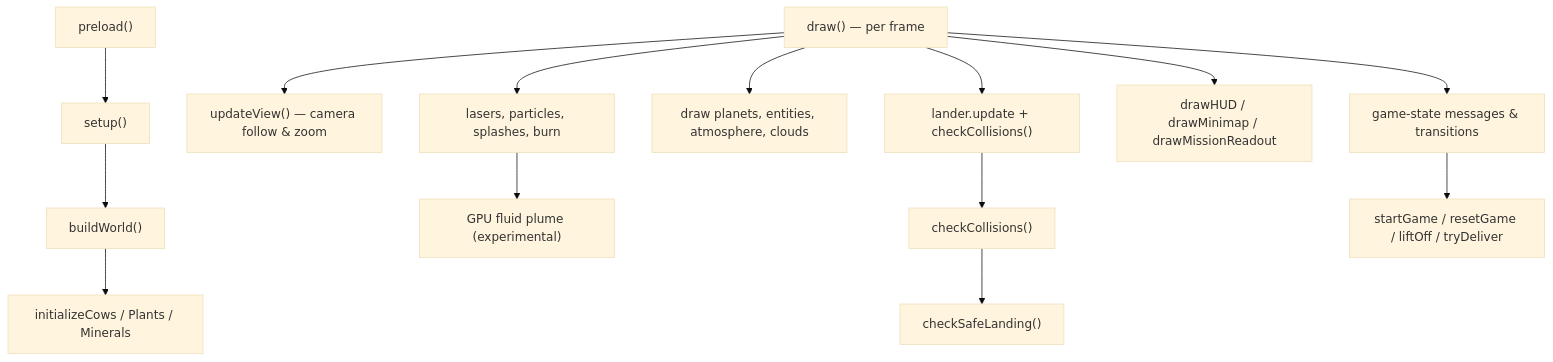
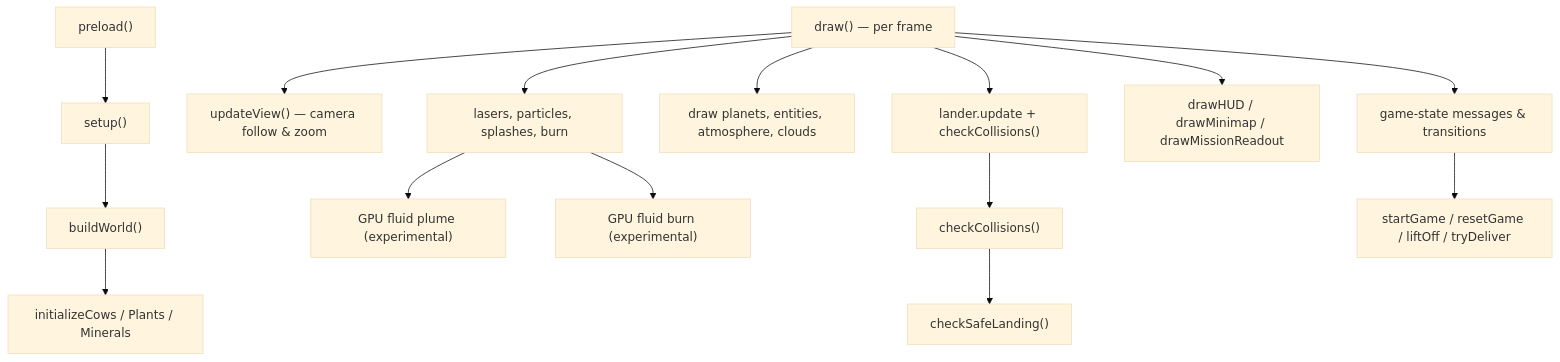
One commit to keithagroves/cow-abductor changed the diagram in architecture/game-loop.md. Above: the diagram before and after it, drawn with Mermaid (base theme). The commit also changed other lines of this file and 8 other files, not shown here.

Commit message:
feat: enhance GPU fluid plume simulation with ground collision detection

````diff
--- a/architecture/game-loop.md
+++ b/architecture/game-loop.md
@@ -14,35 +14,37 @@
 ```mermaid
 flowchart TD
     preload["preload()"] --> setup["setup()"]
     setup --> buildWorld["buildWorld()"]
     buildWorld --> initEnt["initializeCows / Plants / Minerals"]
 
     draw["draw() — per frame"]
     draw --> updateView["updateView() — camera follow & zoom"]
     draw --> physics["lander.update + checkCollisions()"]
     draw --> render["draw planets, entities, atmosphere, clouds"]
     draw --> effects["lasers, particles, splashes, burn"]
     effects --> plume["GPU fluid plume (experimental)"]
+    effects --> burn["GPU fluid burn (experimental)"]
     draw --> hud["drawHUD / drawMinimap / drawMissionReadout"]
     draw --> state["game-state messages & transitions"]
 
     physics --> checkCollisions["checkCollisions()"]
     checkCollisions --> checkSafeLanding["checkSafeLanding()"]
     state --> startGame["startGame / resetGame / liftOff / tryDeliver"]
 
     click preload call navigate("../src/sketch.js")
     click setup call navigate("../src/sketch.js")
     click buildWorld call navigate("../src/sketch.js")
     click initEnt call navigate("../src/sketch.js")
     click draw call navigate("../src/sketch.js")
     click updateView call navigate("../src/sketch.js")
     click physics call navigate("../src/sketch.js")
     click render call navigate("../src/sketch.js")
     click effects call navigate("../src/sketch.js")
     click hud call navigate("../src/sketch.js")
     click state call navigate("../src/sketch.js")
     click checkCollisions call navigate("../src/sketch.js")
     click checkSafeLanding call navigate("../src/sketch.js")
     click startGame call navigate("../src/sketch.js")
     click plume call navigate("../src/effects/plumeFluid.js")
+    click burn call navigate("../src/effects/burnFluid.js")
 ```
````
